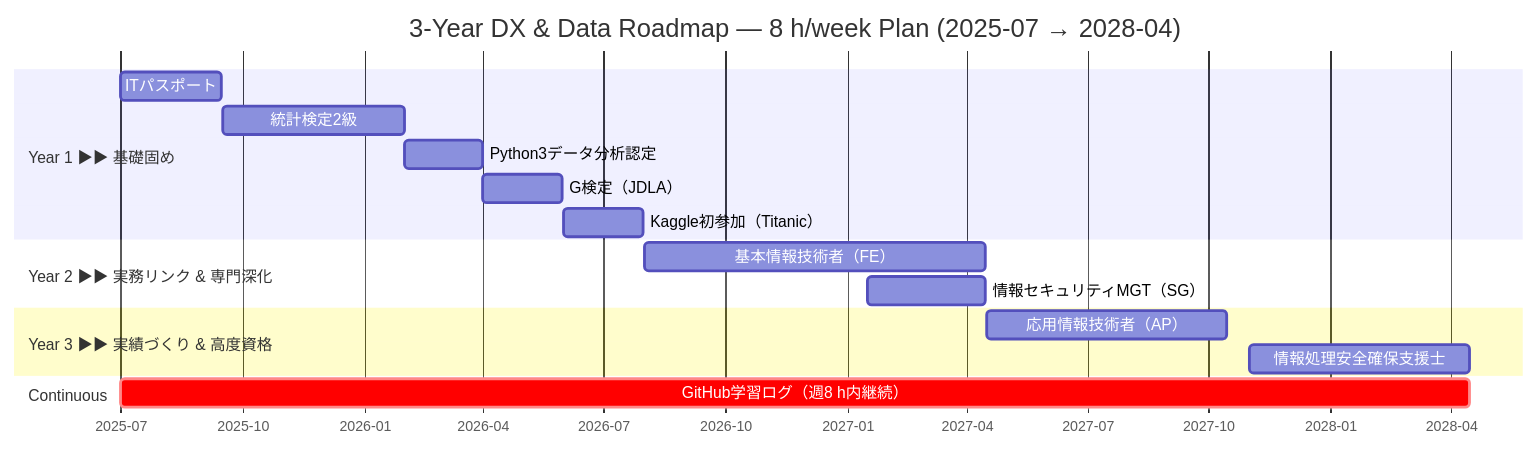
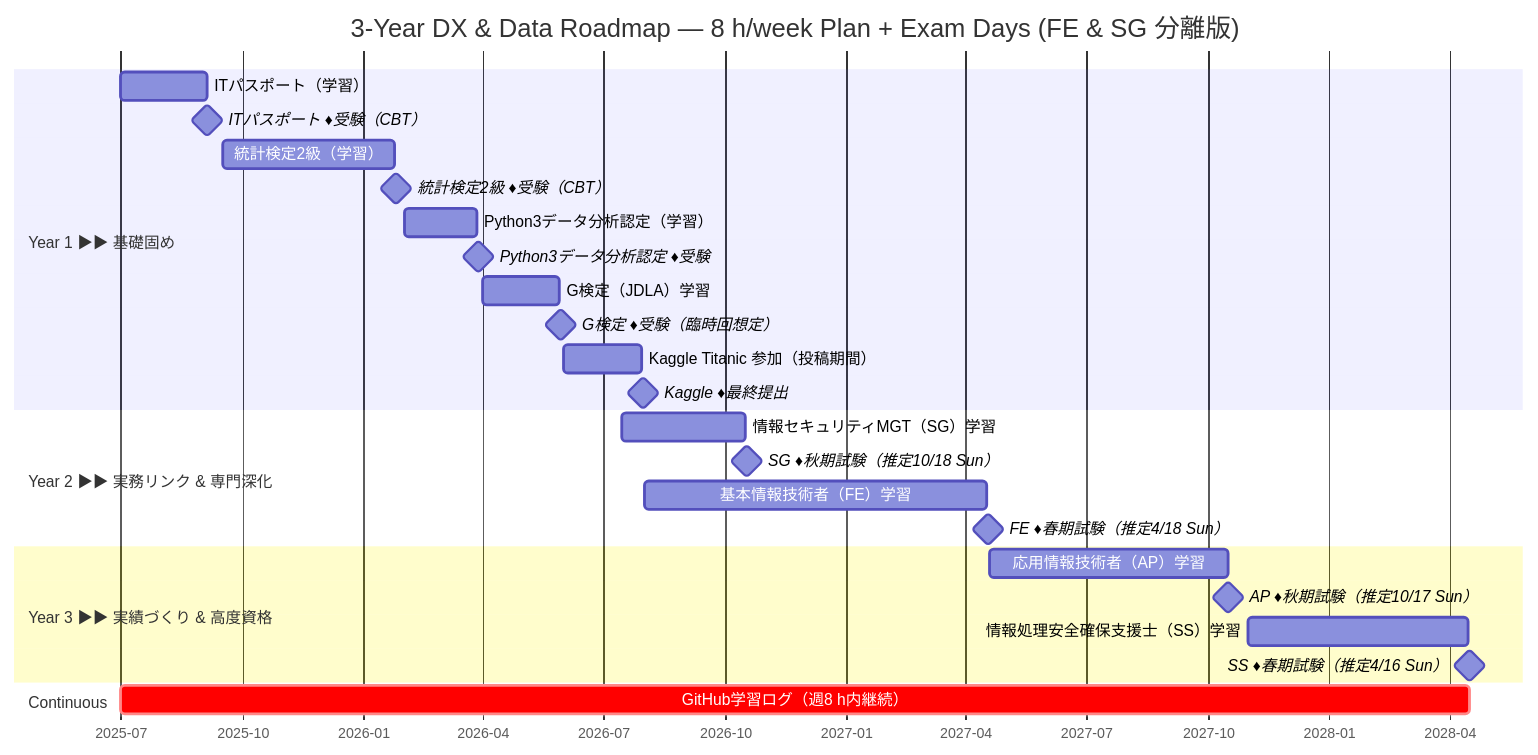
The diagram in README.md (uruc-0start/-), drawn with Mermaid before and after one commit.

````diff
--- a/README.md
+++ b/README.md
@@ -1,28 +1,37 @@
 ```mermaid
 gantt
-  title 3-Year DX & Data Roadmap — 8 h/week Plan (2025-07 → 2028-04)
+  title 3-Year DX & Data Roadmap — 8 h/week Plan + Exam Days (FE & SG 分離版)
   dateFormat  YYYY-MM-DD
   axisFormat  %Y-%m
 
-  %% ──────────────── Year 1 ─────────────────
+  %% ───────────── Year 1 ─────────────
   section Year 1 ▶▶ 基礎固め
-  ITパスポート                :itp,     2025-07-01, 2025-09-15
-  統計検定2級             :stat,   2025-09-16, 2026-01-31
-  Python3データ分析認定         :pydac,   2026-02-01, 2026-03-31
-  G検定（JDLA）               :gtest,   2026-04-01, 2026-05-31
-  Kaggle初参加（Titanic）       :kaggle,  2026-06-01, 2026-07-31
+  ITパスポート（学習）                :itp,   2025-07-01, 2025-09-04
+  ITパスポート ♦受験（CBT）            :milestone, itp_ex, 2025-09-05, 0d
+  統計検定2級（学習）                 :stat,  2025-09-16, 2026-01-24
+  統計検定2級 ♦受験（CBT）            :milestone, stat_ex, 2026-01-25, 0d
+  Python3データ分析認定（学習）        :pydac, 2026-02-01, 2026-03-28
+  Python3データ分析認定 ♦受験          :milestone, py_ex, 2026-03-29, 0d
+  G検定（JDLA）学習                  :gtest, 2026-04-01, 2026-05-29
+  G検定 ♦受験（臨時回想定）            :milestone, gtest_ex, 2026-05-30, 0d
+  Kaggle Titanic 参加（投稿期間）      :kaggle,2026-06-01, 2026-07-30
+  Kaggle ♦最終提出                   :milestone, kaggle_ex, 2026-07-31, 0d
 
-  %% ──────────────── Year 2 ─────────────────
+  %% ───────────── Year 2 ─────────────
   section Year 2 ▶▶ 実務リンク & 専門深化
-  基本情報技術者（FE）          :fe,      2026-08-01, 2027-04-15
-  情報セキュリティMGT（SG）     :sg,      2027-01-16, 2027-04-15
+  情報セキュリティMGT（SG）学習        :sg,     2026-07-15, 2026-10-16
+  SG ♦秋期試験（推定10/18 Sun）        :milestone, sg_ex, 2026-10-18, 0d
+  基本情報技術者（FE）学習            :fe,     2026-08-01, 2027-04-17
+  FE ♦春期試験（推定4/18 Sun）         :milestone, fe_ex, 2027-04-18, 0d
 
-  %% ──────────────── Year 3 ─────────────────
+  %% ───────────── Year 3 ─────────────
   section Year 3 ▶▶ 実績づくり & 高度資格
-  応用情報技術者（AP）          :ap,     2027-04-16, 2027-10-15
-  情報処理安全確保支援士       :secsp,   2027-11-01, 2028-04-15
+  応用情報技術者（AP）学習            :ap,     2027-04-19, 2027-10-16
+  AP ♦秋期試験（推定10/17 Sun）        :milestone, ap_ex, 2027-10-17, 0d
+  情報処理安全確保支援士（SS）学習     :secsp,  2027-11-01, 2028-04-15
+  SS ♦春期試験（推定4/16 Sun）         :milestone, sec_ex, 2028-04-16, 0d
 
-  %% ─────────────── Continuous lane ───────
+  %% ───────────── Continuous ──────────
   section Continuous
-  GitHub学習ログ（週8 h内継続） :crit,    ghlog,   2025-07-01, 2028-04-15
+  GitHub学習ログ（週8 h内継続）        :crit, ghlog, 2025-07-01, 2028-04-16
 ```
````
